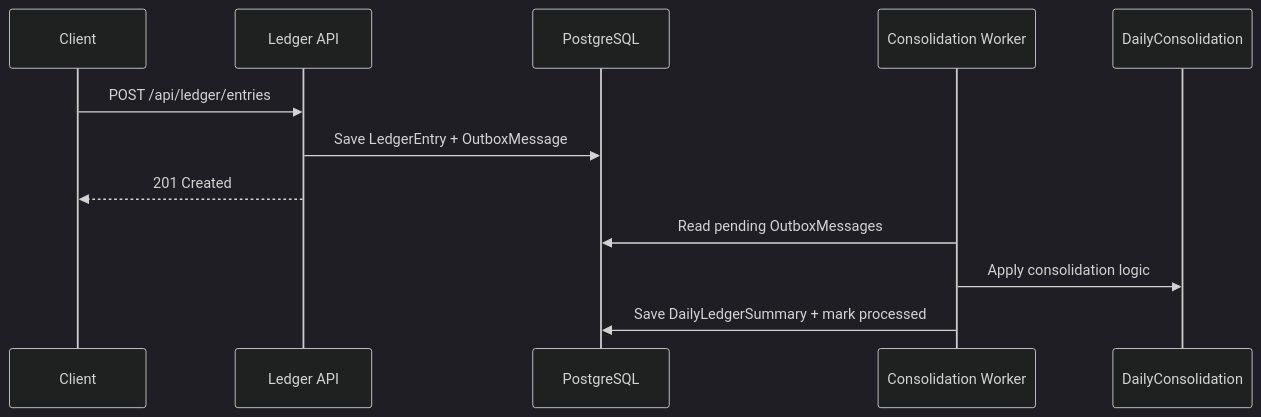
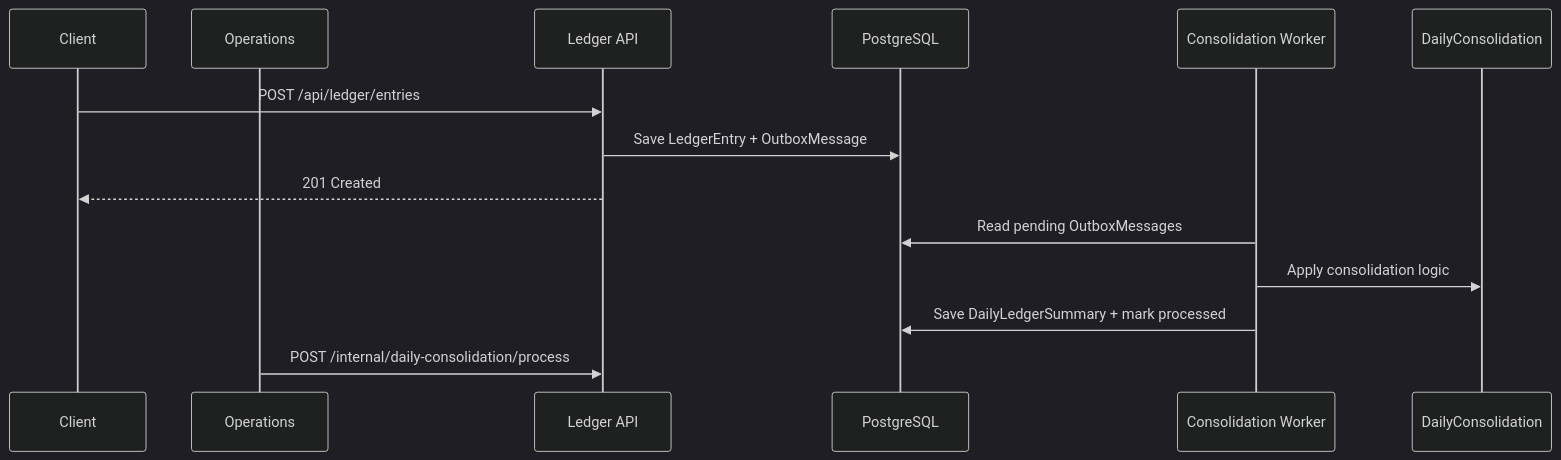
One commit to ggbarcelos/LedgerPulse changed the diagram in docs/diagrams/consolidation-flow.md. Above: the diagram before and after it, drawn with Mermaid (dark theme). The commit also changed 16 other files, not shown here.

Commit message:
Implement API key authentication and rate limiting for internal endpoints

````diff
--- a/docs/diagrams/consolidation-flow.md
+++ b/docs/diagrams/consolidation-flow.md
@@ -3,15 +3,17 @@
 ```mermaid
 sequenceDiagram
     participant Client
+    participant Ops as Operations
     participant API as Ledger API
     participant DB as PostgreSQL
     participant Worker as Consolidation Worker
     participant Daily as DailyConsolidation
 
     Client->>API: POST /api/ledger/entries
     API->>DB: Save LedgerEntry + OutboxMessage
     API-->>Client: 201 Created
     Worker->>DB: Read pending OutboxMessages
     Worker->>Daily: Apply consolidation logic
     Worker->>DB: Save DailyLedgerSummary + mark processed
+    Ops->>API: POST /internal/daily-consolidation/process
 ```
````
